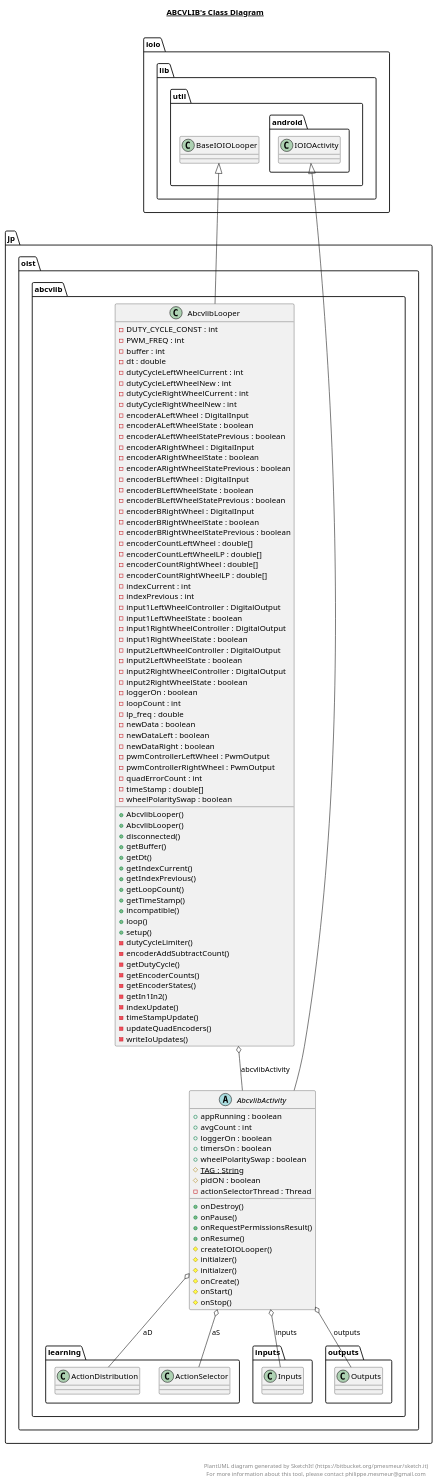
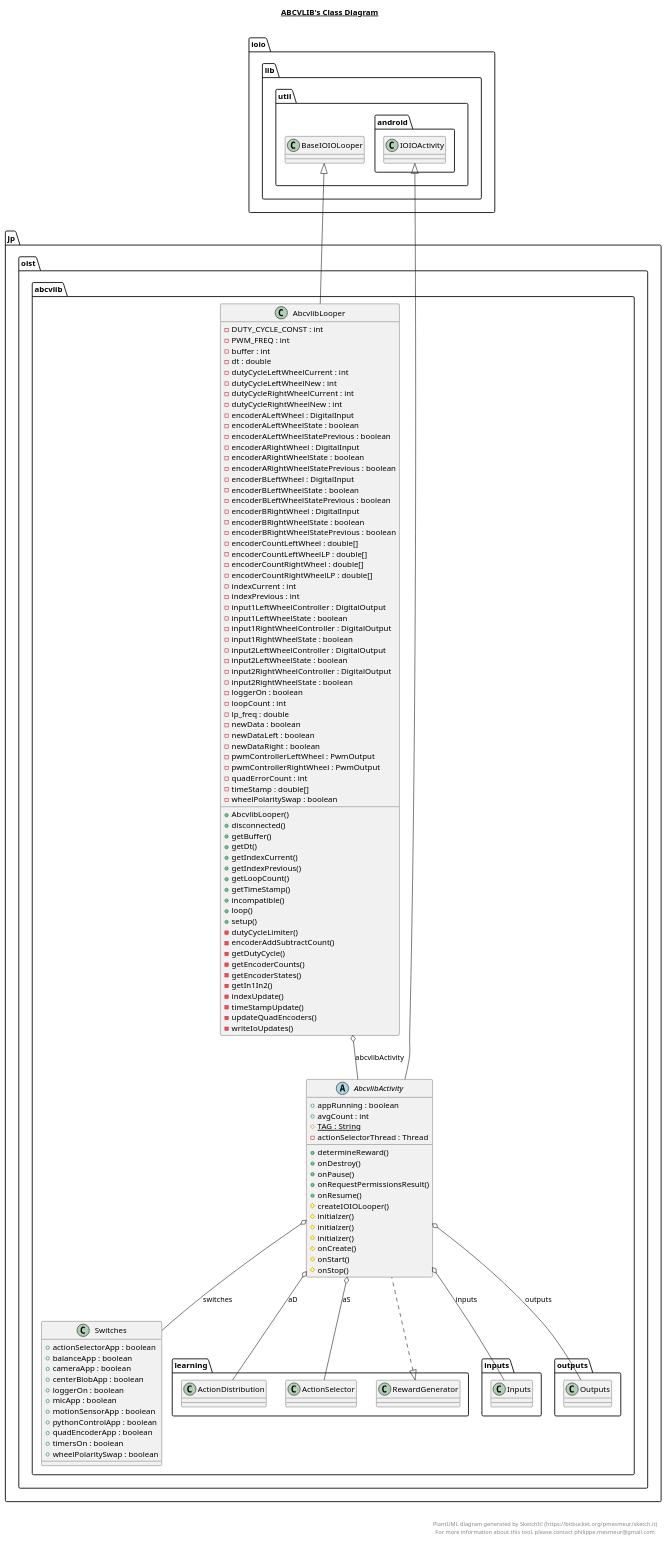
Before and after one commit to oist/smartphone-robot-android: the diagram in abcvlib/src/main/java/jp/oist/abcvlib/abcvlib.plantuml, drawn with PlantUML. The commit also changed 87 other files, not shown here.

```diff
--- a/abcvlib/src/main/java/jp/oist/abcvlib/abcvlib.plantuml
+++ b/abcvlib/src/main/java/jp/oist/abcvlib/abcvlib.plantuml
@@ -1,118 +1,134 @@
 @startuml
 
 title __ABCVLIB's Class Diagram__\n
 
   namespace jp.oist.abcvlib {
     abstract class jp.oist.abcvlib.AbcvlibActivity {
         + appRunning : boolean
         + avgCount : int
-        + loggerOn : boolean
-        + timersOn : boolean
-        + wheelPolaritySwap : boolean
         {static} # TAG : String
-        # pidON : boolean
         - actionSelectorThread : Thread
+        + determineReward()
         + onDestroy()
         + onPause()
         + onRequestPermissionsResult()
         + onResume()
         # createIOIOLooper()
+        # initialzer()
         # initialzer()
         # initialzer()
         # onCreate()
         # onStart()
         # onStop()
     }
   }
   
 
   namespace jp.oist.abcvlib {
     class jp.oist.abcvlib.AbcvlibLooper {
         - DUTY_CYCLE_CONST : int
         - PWM_FREQ : int
         - buffer : int
         - dt : double
         - dutyCycleLeftWheelCurrent : int
         - dutyCycleLeftWheelNew : int
         - dutyCycleRightWheelCurrent : int
         - dutyCycleRightWheelNew : int
         - encoderALeftWheel : DigitalInput
         - encoderALeftWheelState : boolean
         - encoderALeftWheelStatePrevious : boolean
         - encoderARightWheel : DigitalInput
         - encoderARightWheelState : boolean
         - encoderARightWheelStatePrevious : boolean
         - encoderBLeftWheel : DigitalInput
         - encoderBLeftWheelState : boolean
         - encoderBLeftWheelStatePrevious : boolean
         - encoderBRightWheel : DigitalInput
         - encoderBRightWheelState : boolean
         - encoderBRightWheelStatePrevious : boolean
         - encoderCountLeftWheel : double[]
         - encoderCountLeftWheelLP : double[]
         - encoderCountRightWheel : double[]
         - encoderCountRightWheelLP : double[]
         - indexCurrent : int
         - indexPrevious : int
         - input1LeftWheelController : DigitalOutput
         - input1LeftWheelState : boolean
         - input1RightWheelController : DigitalOutput
         - input1RightWheelState : boolean
         - input2LeftWheelController : DigitalOutput
         - input2LeftWheelState : boolean
         - input2RightWheelController : DigitalOutput
         - input2RightWheelState : boolean
         - loggerOn : boolean
         - loopCount : int
         - lp_freq : double
         - newData : boolean
         - newDataLeft : boolean
         - newDataRight : boolean
         - pwmControllerLeftWheel : PwmOutput
         - pwmControllerRightWheel : PwmOutput
         - quadErrorCount : int
         - timeStamp : double[]
         - wheelPolaritySwap : boolean
         + AbcvlibLooper()
-        + AbcvlibLooper()
         + disconnected()
         + getBuffer()
         + getDt()
         + getIndexCurrent()
         + getIndexPrevious()
         + getLoopCount()
         + getTimeStamp()
         + incompatible()
         + loop()
         + setup()
         - dutyCycleLimiter()
         - encoderAddSubtractCount()
         - getDutyCycle()
         - getEncoderCounts()
         - getEncoderStates()
         - getIn1In2()
         - indexUpdate()
         - timeStampUpdate()
         - updateQuadEncoders()
         - writeIoUpdates()
     }
   }
   
 
+  namespace jp.oist.abcvlib {
+    class jp.oist.abcvlib.Switches {
+        + actionSelectorApp : boolean
+        + balanceApp : boolean
+        + cameraApp : boolean
+        + centerBlobApp : boolean
+        + loggerOn : boolean
+        + micApp : boolean
+        + motionSensorApp : boolean
+        + pythonControlApp : boolean
+        + quadEncoderApp : boolean
+        + timersOn : boolean
+        + wheelPolaritySwap : boolean
+    }
+  }
+  
+
+  jp.oist.abcvlib.AbcvlibActivity .up.|> jp.oist.abcvlib.learning.RewardGenerator
   jp.oist.abcvlib.AbcvlibActivity -up-|> ioio.lib.util.android.IOIOActivity
   jp.oist.abcvlib.AbcvlibActivity o-- jp.oist.abcvlib.learning.ActionDistribution : aD
   jp.oist.abcvlib.AbcvlibActivity o-- jp.oist.abcvlib.learning.ActionSelector : aS
   jp.oist.abcvlib.AbcvlibActivity o-- jp.oist.abcvlib.inputs.Inputs : inputs
   jp.oist.abcvlib.AbcvlibActivity o-- jp.oist.abcvlib.outputs.Outputs : outputs
+  jp.oist.abcvlib.AbcvlibActivity o-- jp.oist.abcvlib.Switches : switches
   jp.oist.abcvlib.AbcvlibLooper -up-|> ioio.lib.util.BaseIOIOLooper
   jp.oist.abcvlib.AbcvlibLooper o-- jp.oist.abcvlib.AbcvlibActivity : abcvlibActivity
 
 
 right footer
 
 
 PlantUML diagram generated by SketchIt! (https://bitbucket.org/pmesmeur/sketch.it)
 For more information about this tool, please contact philippe.mesmeur@gmail.com
 endfooter
 
 @enduml
```
